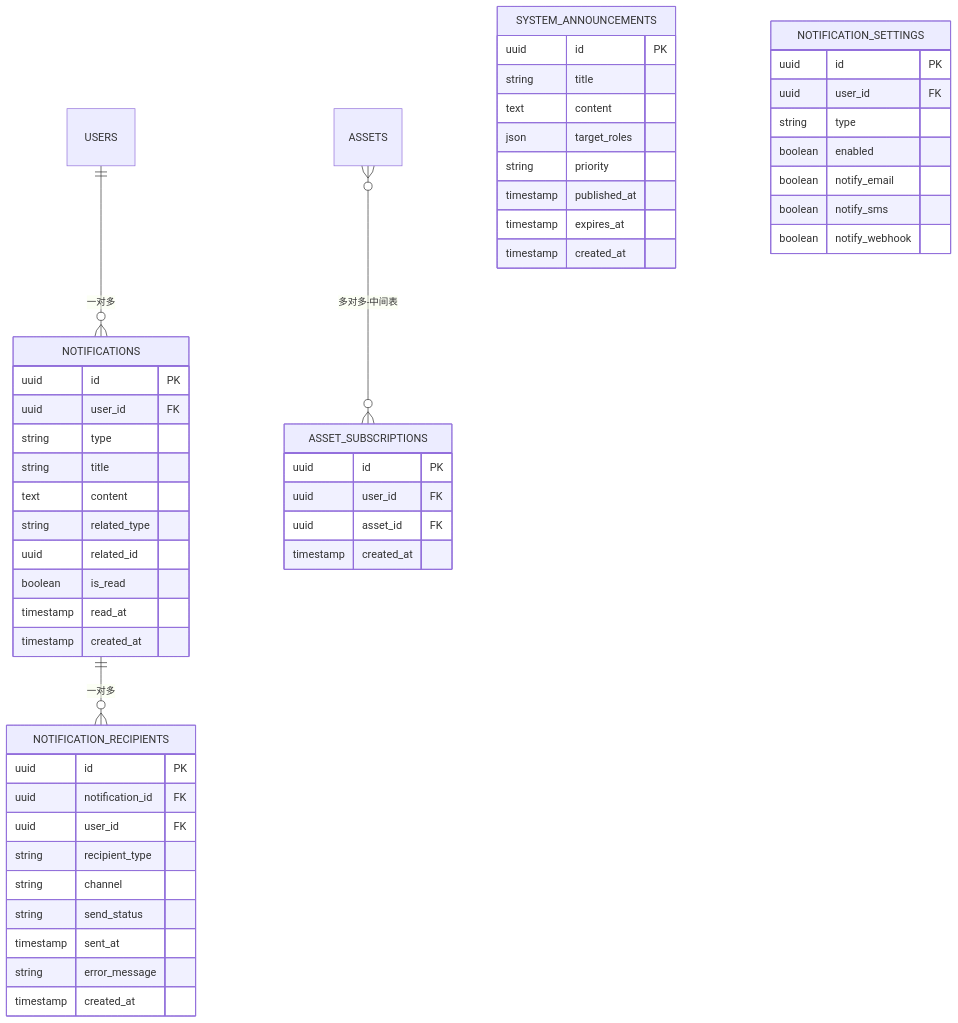
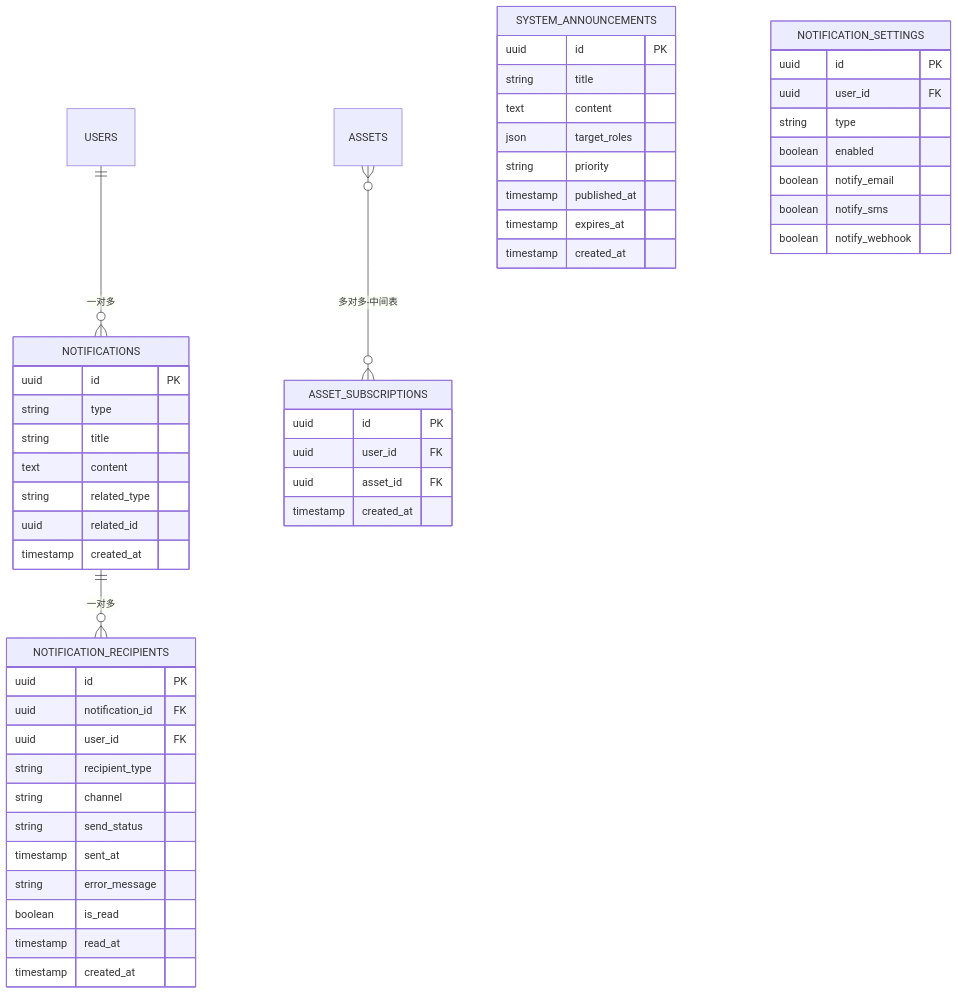
One commit to dayutech/Vuln-Audit-Lifecycle-Management changed the ninth of 12 diagrams in docs/design/er_diagram.md. Above: the diagram before and after it, drawn with Mermaid. The commit also changed other lines of this file and 206 other files, not shown here.

````diff
--- a/docs/design/er_diagram.md
+++ b/docs/design/er_diagram.md
@@ -563,59 +593,58 @@
 ```mermaid
 erDiagram
     USERS ||--o{ NOTIFICATIONS : "一对多"
     NOTIFICATIONS ||--o{ NOTIFICATION_RECIPIENTS : "一对多"
     ASSETS }o--o{ ASSET_SUBSCRIPTIONS : "多对多-中间表"
     
     SYSTEM_ANNOUNCEMENTS {
         uuid id PK
         string title
         text content
         json target_roles
         string priority
         timestamp published_at
         timestamp expires_at
         timestamp created_at
     }
     
     NOTIFICATIONS {
         uuid id PK
-        uuid user_id FK
         string type
         string title
         text content
         string related_type
         uuid related_id
-        boolean is_read
-        timestamp read_at
         timestamp created_at
     }
     
     NOTIFICATION_SETTINGS {
         uuid id PK
         uuid user_id FK
         string type
         boolean enabled
         boolean notify_email
         boolean notify_sms
         boolean notify_webhook
     }
     
     NOTIFICATION_RECIPIENTS {
         uuid id PK
         uuid notification_id FK
         uuid user_id FK
         string recipient_type
         string channel
         string send_status
         timestamp sent_at
         string error_message
+        boolean is_read
+        timestamp read_at
         timestamp created_at
     }
     
     ASSET_SUBSCRIPTIONS {
         uuid id PK
         uuid user_id FK
         uuid asset_id FK
         timestamp created_at
     }
 ```
````
